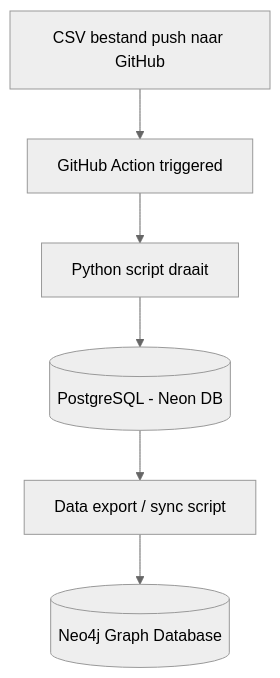
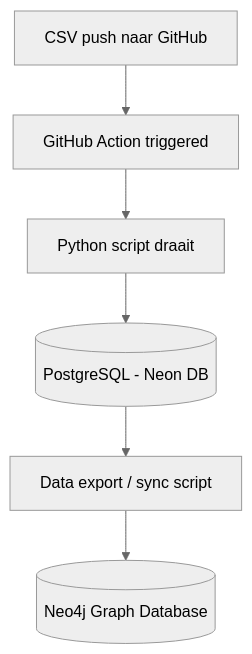
One commit to Thomas-More-Digital-Innovation/2526-MOBI-027-Database-design changed the diagram in code/Postgress/flow.md. Above: the diagram before and after it, drawn with Mermaid (neutral theme).

````diff
--- a/code/Postgress/flow.md
+++ b/code/Postgress/flow.md
@@ -1,8 +1,8 @@
 ```mermaid
 flowchart TD
-    A[CSV bestand push naar GitHub] --> B[GitHub Action triggered]
+    A[CSV push naar GitHub] --> B[GitHub Action triggered]
     B --> C[Python script draait]
     C --> D[(PostgreSQL - Neon DB)]
     D --> E[Data export / sync script]
     E --> F[(Neo4j Graph Database)]
 ```
````
